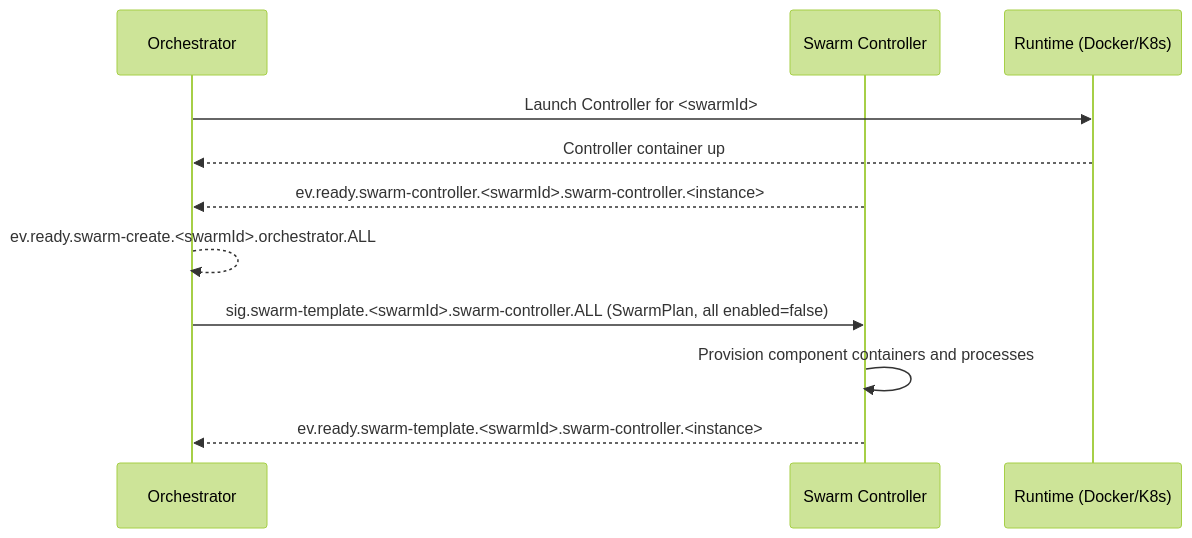
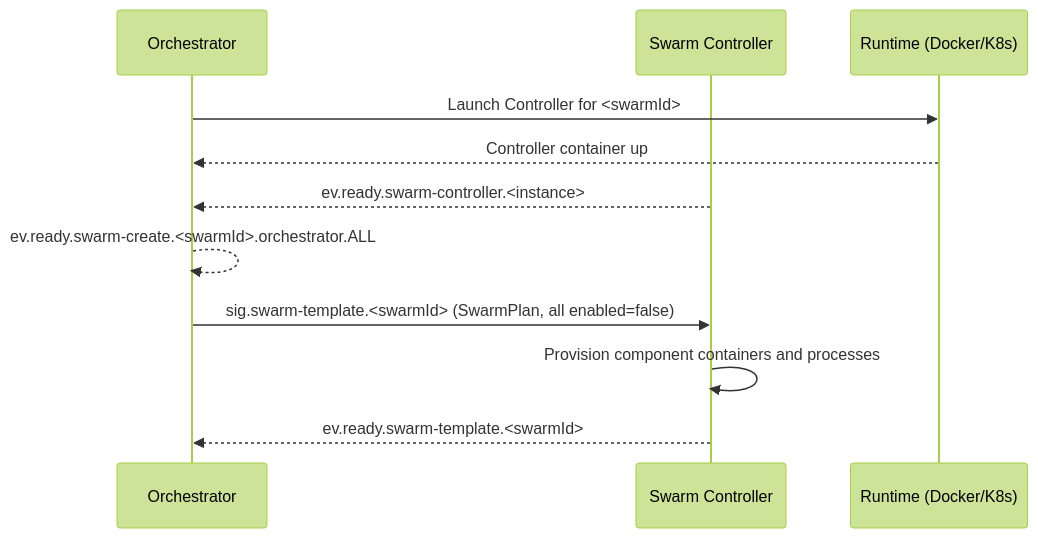
The first of 8 diagrams in docs/ARCHITECTURE.md (sepa79/PocketHive), drawn with Mermaid (forest theme) before and after one commit. The commit also changed other lines of this file, not shown here.

Commit message:
docs: align architecture with control-plane contract

````diff
--- a/docs/ARCHITECTURE.md
+++ b/docs/ARCHITECTURE.md
@@ -156,15 +157,15 @@
 ```mermaid
 sequenceDiagram
   participant QN as Orchestrator
   participant MSH as Swarm Controller
   participant RT as Runtime (Docker/K8s)
 
   QN->>RT: Launch Controller for <swarmId>
   RT-->>QN: Controller container up
-  MSH-->>QN: ev.ready.swarm-controller.<swarmId>.swarm-controller.<instance>
+  MSH-->>QN: ev.ready.swarm-controller.<instance>
   QN-->>QN: ev.ready.swarm-create.<swarmId>.orchestrator.ALL
 
-  QN->>MSH: sig.swarm-template.<swarmId>.swarm-controller.ALL (SwarmPlan, all enabled=false)
+  QN->>MSH: sig.swarm-template.<swarmId> (SwarmPlan, all enabled=false)
   MSH->>MSH: Provision component containers and processes
-  MSH-->>QN: ev.ready.swarm-template.<swarmId>.swarm-controller.<instance>
+  MSH-->>QN: ev.ready.swarm-template.<swarmId>
 ```
````
